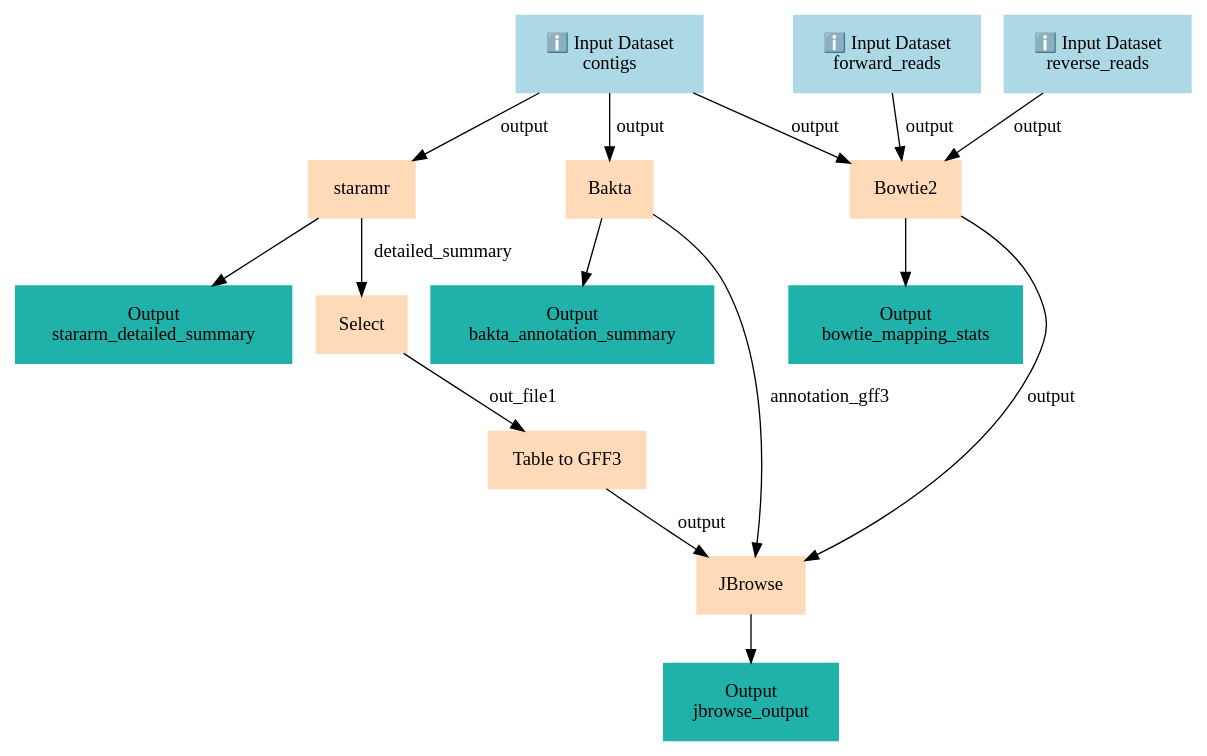
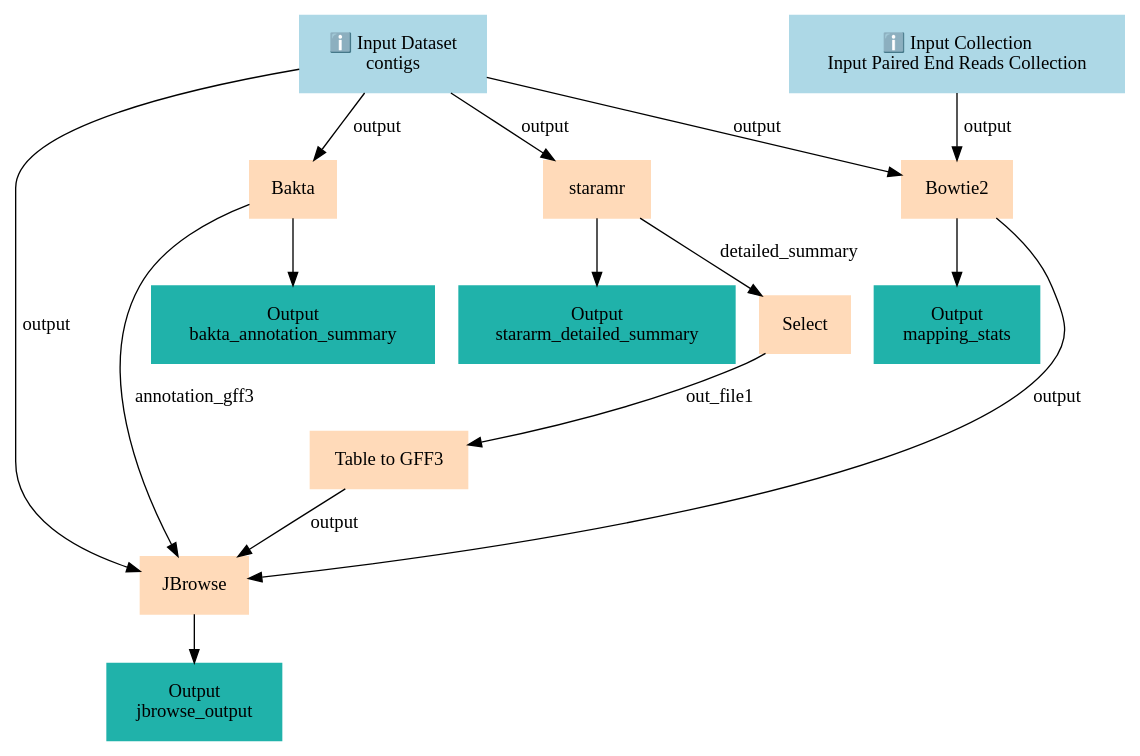
The diagram in api/workflows/genome-annotation/amr-gene-detection/main-workflow/graph.dot (galaxyproject/training-material), drawn with Graphviz before and after one commit. The commit also changed 10032 other files, not shown here.

```diff
--- a/api/workflows/genome-annotation/amr-gene-detection/main-workflow/graph.dot
+++ b/api/workflows/genome-annotation/amr-gene-detection/main-workflow/graph.dot
@@ -1,31 +1,30 @@
 digraph main {
   node [fontname="Atkinson Hyperlegible", shape=box, color=white,style=filled,color=peachpuff,margin="0.2,0.2"];
   edge [fontname="Atkinson Hyperlegible"];
   0[color=lightblue,label="ℹ️ Input Dataset\ncontigs"]
-  1[color=lightblue,label="ℹ️ Input Dataset\nforward_reads"]
-  2[color=lightblue,label="ℹ️ Input Dataset\nreverse_reads"]
-  3[label="staramr"]
+  1[color=lightblue,label="ℹ️ Input Collection\nInput Paired End Reads Collection"]
+  2[label="staramr"]
+  0 -> 2 [label="output"]
+  ka84f1c100c72423ca85c643c39e44dac[color=lightseagreen,label="Output\nstararm_detailed_summary"]
+  2 -> ka84f1c100c72423ca85c643c39e44dac
+  3[label="Bakta"]
   0 -> 3 [label="output"]
-  k042cc33a54984758a9d5e0fbe9e24177[color=lightseagreen,label="Output\nstararm_detailed_summary"]
-  3 -> k042cc33a54984758a9d5e0fbe9e24177
-  4[label="Bakta"]
+  kb9beba767b6e42aea085819f4b577100[color=lightseagreen,label="Output\nbakta_annotation_summary"]
+  3 -> kb9beba767b6e42aea085819f4b577100
+  4[label="Bowtie2"]
+  1 -> 4 [label="output"]
   0 -> 4 [label="output"]
-  k15a20ba11f6043539eb4428895ccd9b9[color=lightseagreen,label="Output\nbakta_annotation_summary"]
-  4 -> k15a20ba11f6043539eb4428895ccd9b9
-  5[label="Bowtie2"]
-  1 -> 5 [label="output"]
-  2 -> 5 [label="output"]
-  0 -> 5 [label="output"]
-  k74d2ffcb4d494db9ba09dcd7ba70ea3f[color=lightseagreen,label="Output\nbowtie_mapping_stats"]
-  5 -> k74d2ffcb4d494db9ba09dcd7ba70ea3f
-  6[label="Select"]
-  3 -> 6 [label="detailed_summary"]
-  7[label="Table to GFF3"]
-  6 -> 7 [label="out_file1"]
-  8[label="JBrowse"]
-  4 -> 8 [label="annotation_gff3"]
-  7 -> 8 [label="output"]
-  5 -> 8 [label="output"]
-  k6efbf3347c8c463c991943a3542ddc46[color=lightseagreen,label="Output\njbrowse_output"]
-  8 -> k6efbf3347c8c463c991943a3542ddc46
+  kb85fac67e102475e95d935e0adecb0c9[color=lightseagreen,label="Output\nmapping_stats"]
+  4 -> kb85fac67e102475e95d935e0adecb0c9
+  5[label="Select"]
+  2 -> 5 [label="detailed_summary"]
+  6[label="Table to GFF3"]
+  5 -> 6 [label="out_file1"]
+  7[label="JBrowse"]
+  0 -> 7 [label="output"]
+  3 -> 7 [label="annotation_gff3"]
+  6 -> 7 [label="output"]
+  4 -> 7 [label="output"]
+  kc4e08c514520483ab48a99adc9a5d09f[color=lightseagreen,label="Output\njbrowse_output"]
+  7 -> kc4e08c514520483ab48a99adc9a5d09f
 }
```
